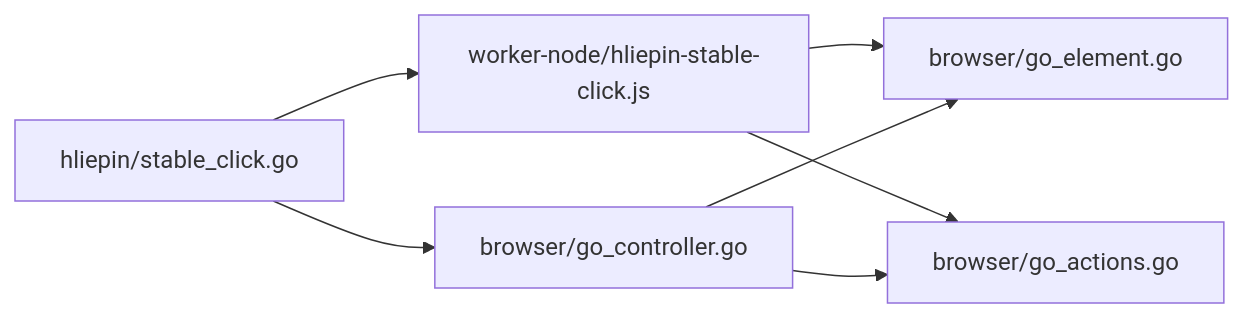
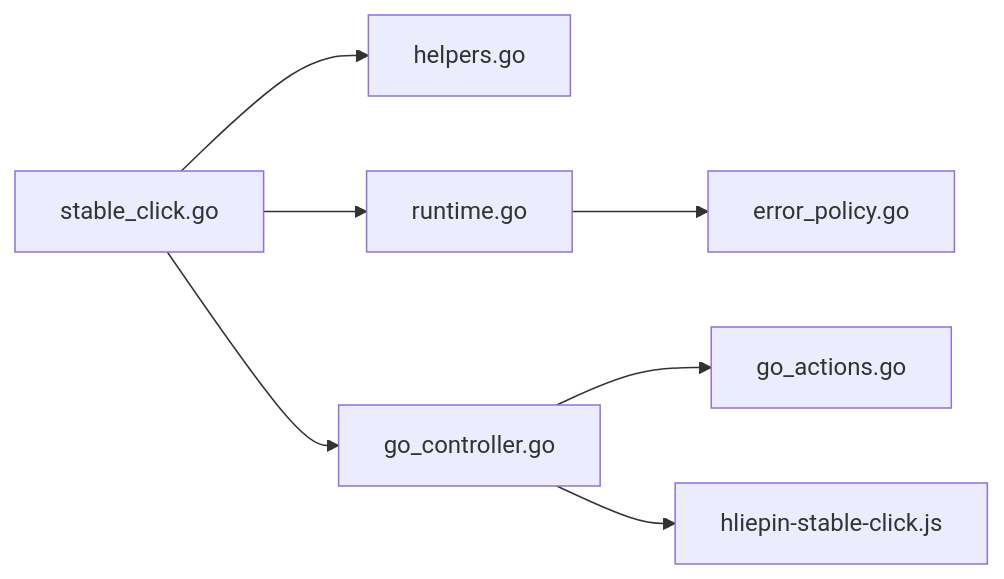
Before and after one commit to alvinwangzi/goodhr: the seventh of 7 diagrams in .qoder/repowiki/zh/content/本地执行器/平台适配器/猎聘适配器/稳定点击机制.md, drawn with Mermaid. The commit also changed other lines of this file and 149 other files, not shown here.

````diff
--- a/.qoder/repowiki/zh/content/本地执行器/平台适配器/猎聘适配器/稳定点击机制.md
+++ b/.qoder/repowiki/zh/content/本地执行器/平台适配器/猎聘适配器/稳定点击机制.md
@@ -249,9 +244,9 @@
 ```mermaid
 graph LR
-H["hliepin/stable_click.go"] --> W["worker-node/hliepin-stable-click.js"]
-H --> C["browser/go_controller.go"]
-W --> E["browser/go_element.go"]
-W --> A["browser/go_actions.go"]
-C --> E
-C --> A
+HStable["stable_click.go"] --> Helpers["helpers.go"]
+HStable --> Runtime["runtime.go"]
+HStable --> Ctrl["go_controller.go"]
+Ctrl --> Actions["go_actions.go"]
+Ctrl --> WStable["hliepin-stable-click.js"]
+Runtime --> ErrPolicy["error_policy.go"]
 ```
````
